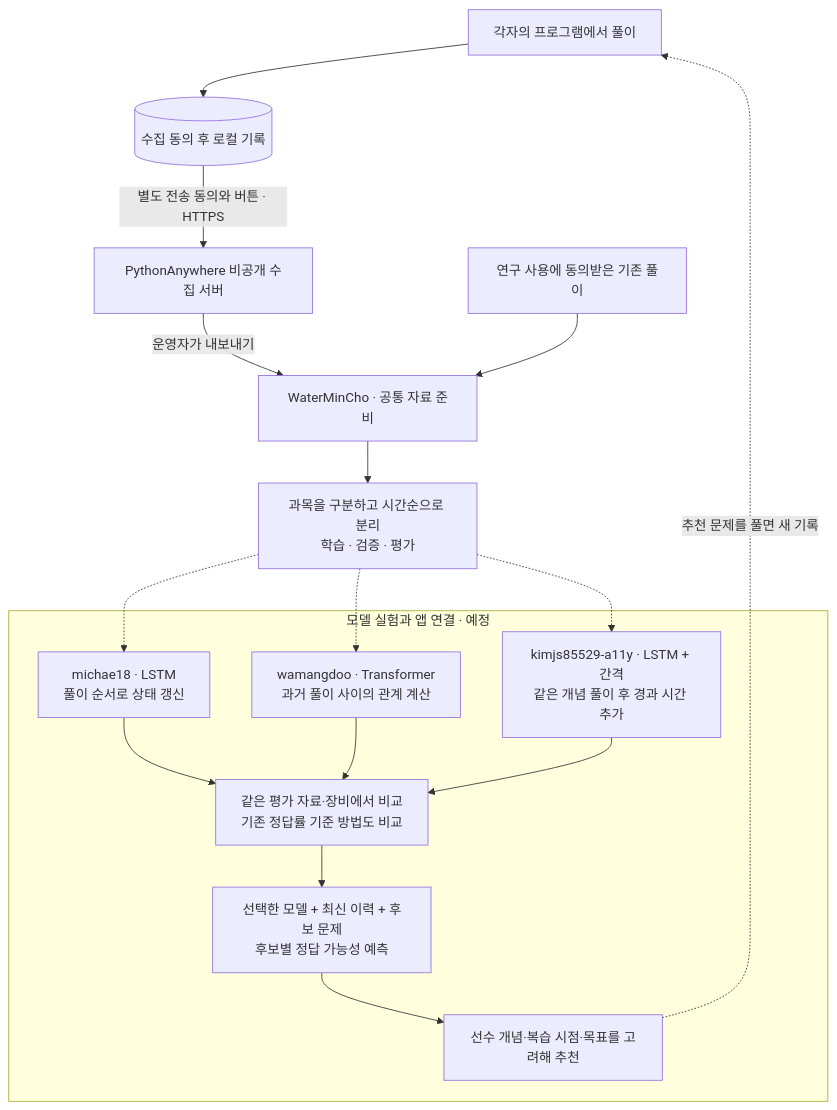
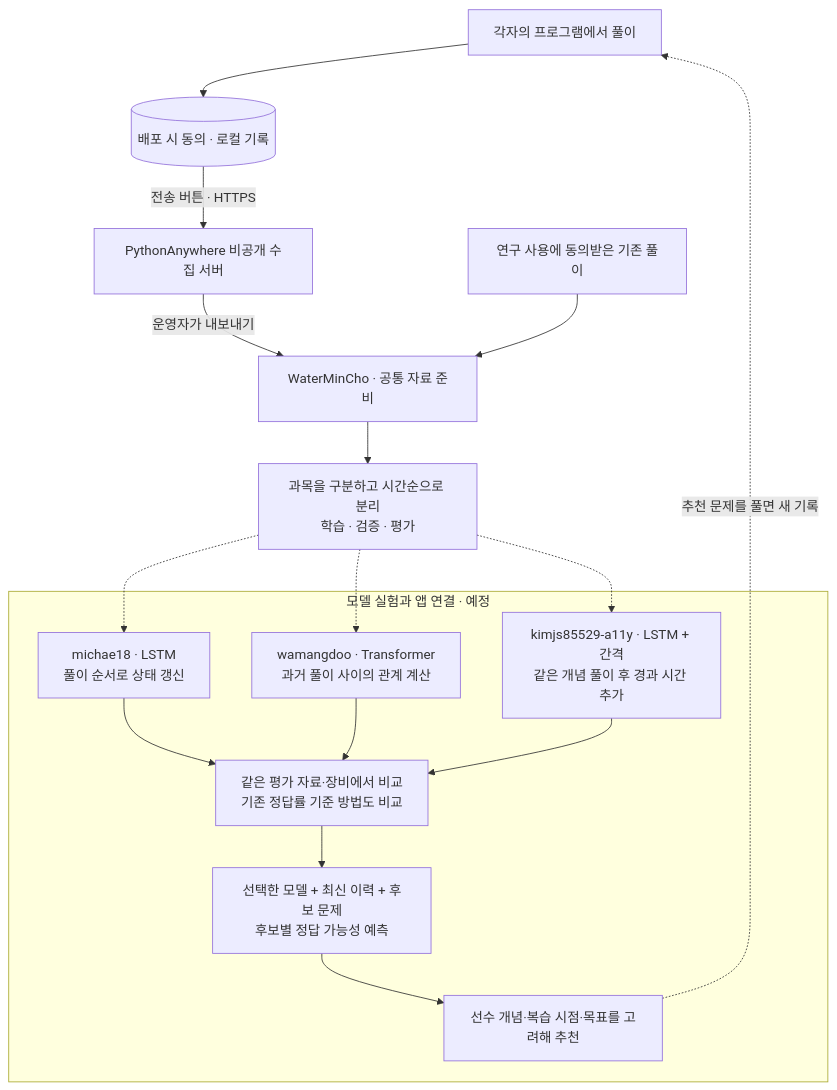
Before and after one commit to WaterMinCho/programming-study: the first of 5 diagrams in docs/LEARNING_MISSIONS.md, drawn with Mermaid. The commit also changed other lines of this file and 72 other files, not shown here.

````diff
--- a/docs/LEARNING_MISSIONS.md
+++ b/docs/LEARNING_MISSIONS.md
@@ -11,24 +11,24 @@
 ```mermaid
 flowchart TB
-    A["각자의 프로그램에서 풀이"] --> B[("수집 동의 후 로컬 기록")]
-    B -->|"별도 전송 동의와 버튼 · HTTPS"| C["PythonAnywhere 비공개 수집 서버"]
+    A["각자의 프로그램에서 풀이"] --> B[("배포 시 동의 · 로컬 기록")]
+    B -->|"전송 버튼 · HTTPS"| C["PythonAnywhere 비공개 수집 서버"]
     C -->|"운영자가 내보내기"| D["WaterMinCho · 공통 자료 준비"]
     OLD["연구 사용에 동의받은 기존 풀이"] --> D
     D --> E["과목을 구분하고 시간순으로 분리<br/>학습 · 검증 · 평가"]
     subgraph PLAN["모델 실험과 앱 연결 · 예정"]
         L["michae18 · LSTM<br/>풀이 순서로 상태 갱신"]
         T["wamangdoo · Transformer<br/>과거 풀이 사이의 관계 계산"]
         G["kimjs85529-a11y · LSTM + 간격<br/>같은 개념 풀이 후 경과 시간 추가"]
         V["같은 평가 자료·장비에서 비교<br/>기존 정답률 기준 방법도 비교"]
         P["선택한 모델 + 최신 이력 + 후보 문제<br/>후보별 정답 가능성 예측"]
         R["선수 개념·복습 시점·목표를 고려해 추천"]
         L --> V
         T --> V
         G --> V
         V --> P --> R
     end
     E -.-> L
     E -.-> T
     E -.-> G
     R -.->|"추천 문제를 풀면 새 기록"| A
 ```
````
